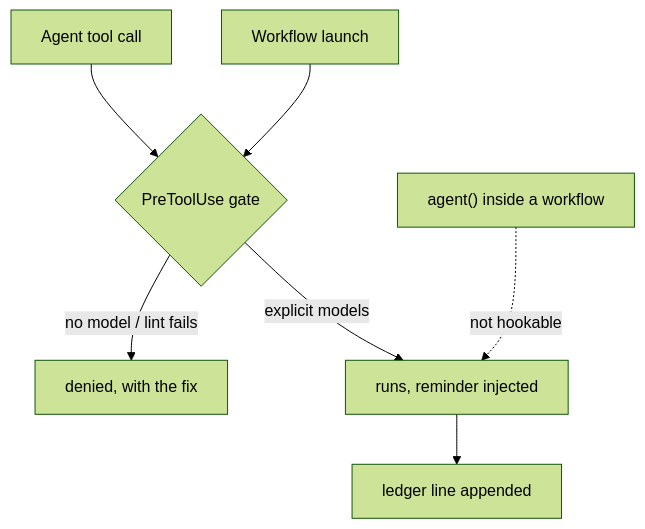
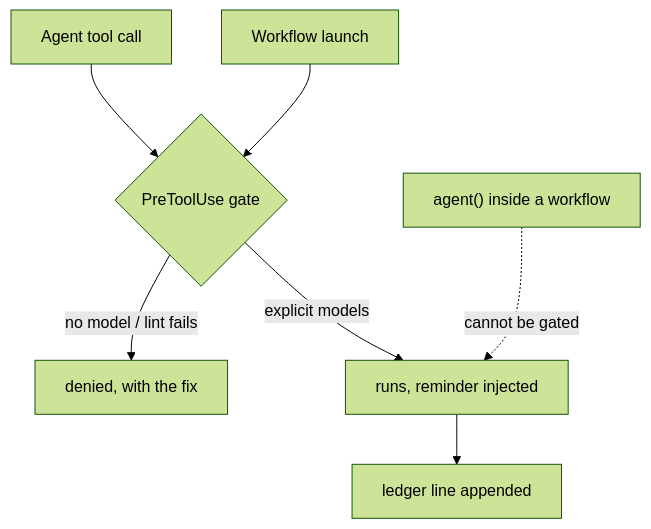
One commit to TheRealBillSiegler/delegation-tiering changed the diagram in README.md. Above: the diagram before and after it, drawn with Mermaid (forest theme). The commit also changed other lines of this file and 5 other files, not shown here.

````diff
--- a/README.md
+++ b/README.md
@@ -63,9 +63,9 @@
 ```mermaid
 flowchart TD
     A["Agent tool call"] --> G{"PreToolUse gate"}
     W["Workflow launch"] --> G
     G -- "no model / lint fails" --> DENY["denied, with the fix"]
     G -- "explicit models" --> RUN["runs, reminder injected"]
     RUN --> LED["ledger line appended"]
-    IN["agent() inside a workflow"] -. "not hookable" .-> RUN
+    IN["agent() inside a workflow"] -. "cannot be gated" .-> RUN
 ```
````
